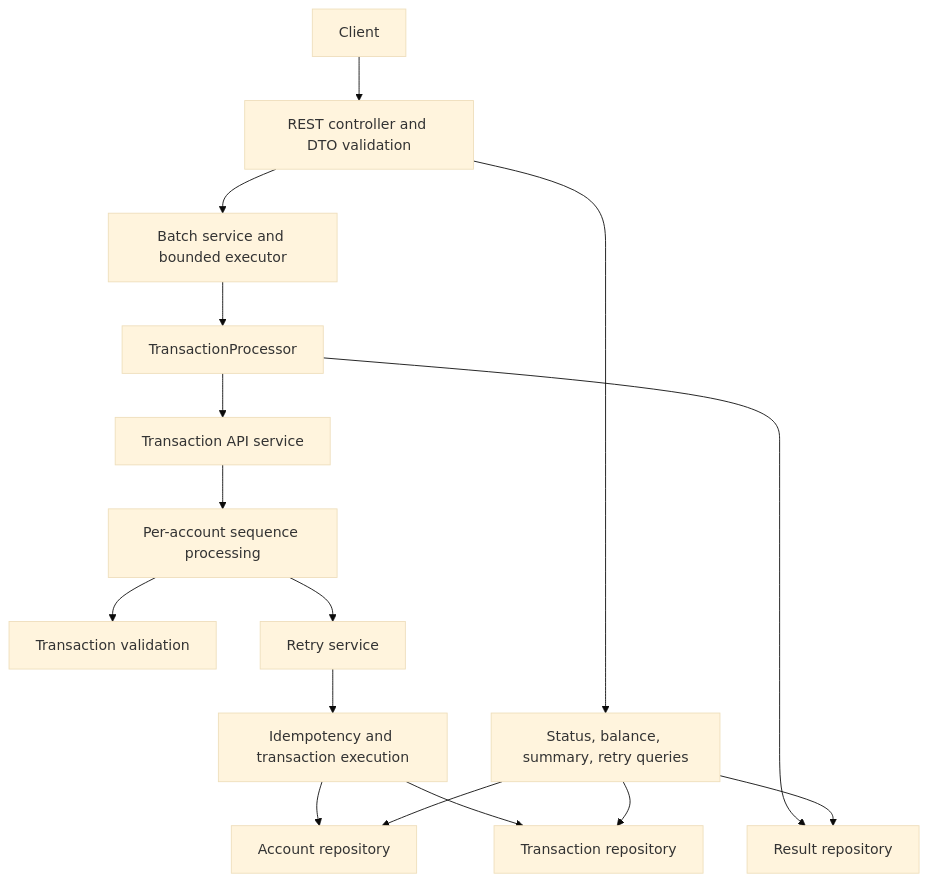
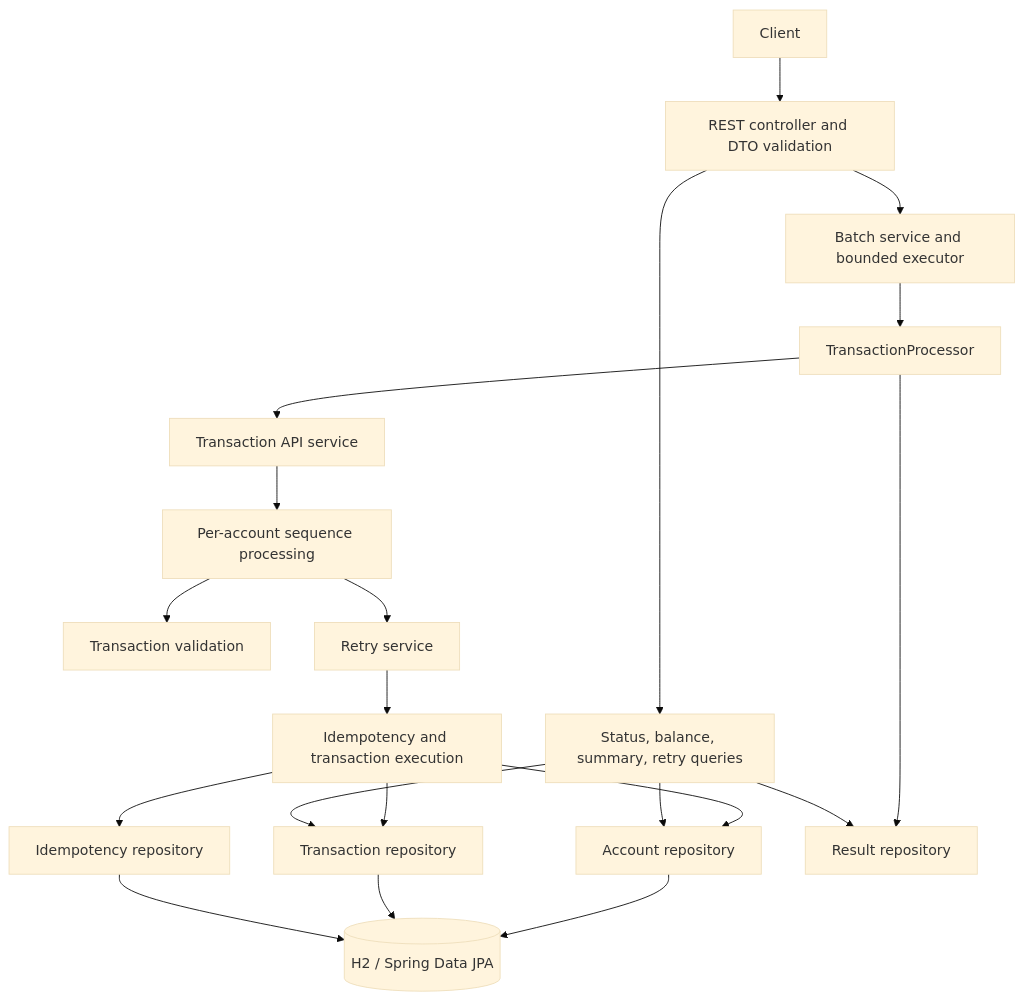
Before and after one commit to SrikanthBachu/idempotency-design: the diagram in README.md, drawn with Mermaid (base theme). The commit also changed other lines of this file and 18 other files, not shown here.

````diff
--- a/README.md
+++ b/README.md
@@ -34,18 +35,22 @@
 ```mermaid
 flowchart TD
     Client --> Controller[REST controller and DTO validation]
     Controller --> Batch[Batch service and bounded executor]
     Batch --> Processor[TransactionProcessor]
     Processor --> API[Transaction API service]
     API --> Sequence[Per-account sequence processing]
     Sequence --> Validation[Transaction validation]
     Sequence --> Retry[Retry service]
     Retry --> Idempotency[Idempotency and transaction execution]
     Idempotency --> AccountRepo[Account repository]
     Idempotency --> TransactionRepo[Transaction repository]
+    AccountRepo --> H2[(H2 / Spring Data JPA)]
+    TransactionRepo --> H2
+    Idempotency --> IdemRepo[Idempotency repository]
+    IdemRepo --> H2
     Processor --> ResultRepo[Result repository]
     Controller --> Query[Status, balance, summary, retry queries]
     Query --> AccountRepo
     Query --> TransactionRepo
     Query --> ResultRepo
 ```
````
